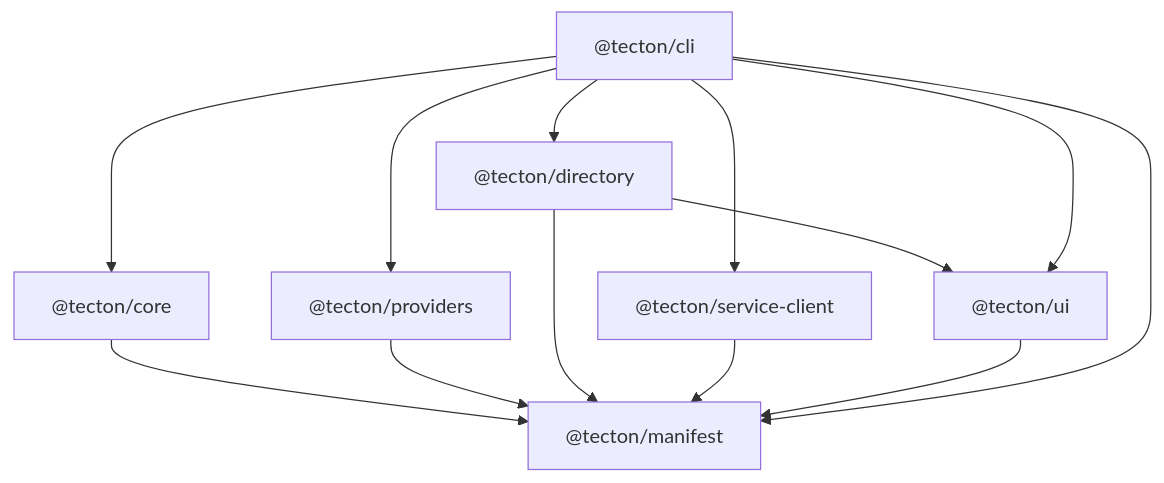
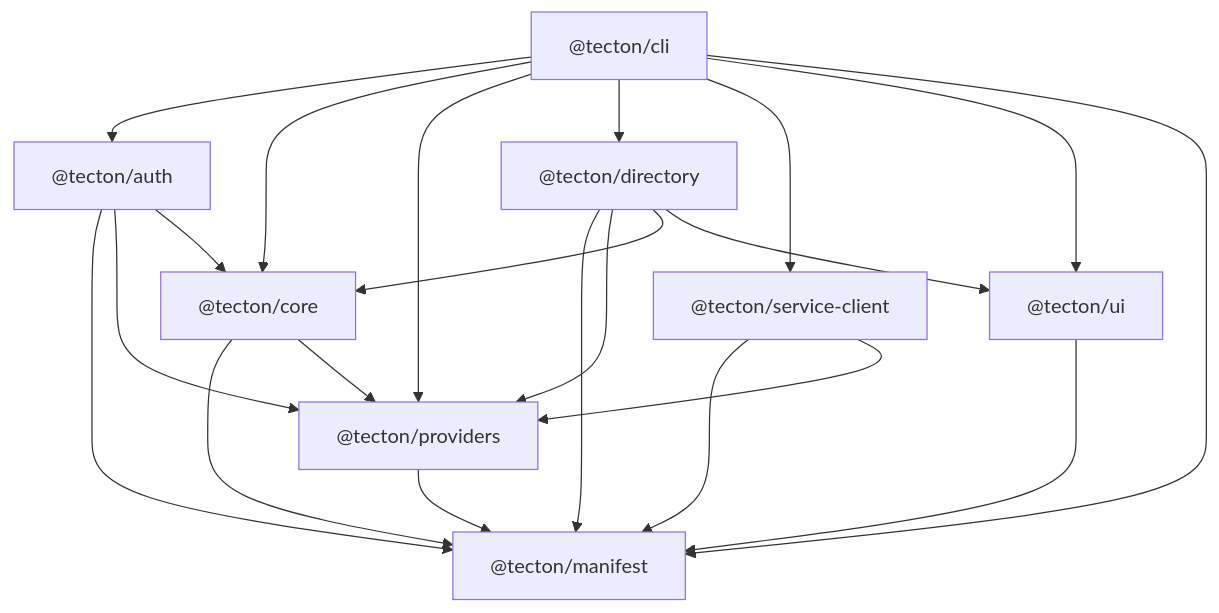
The second of 3 diagrams in _bmad-output/planning-artifacts/architecture/architecture-Tecton-2026-08-28/ARCHITECTURE-SPINE.md (rvavretchek/tecton), drawn with Mermaid before and after one commit. The commit also changed other lines of this file and 12 other files, not shown here.

````diff
--- a/_bmad-output/planning-artifacts/architecture/architecture-Tecton-2026-08-28/ARCHITECTURE-SPINE.md
+++ b/_bmad-output/planning-artifacts/architecture/architecture-Tecton-2026-08-28/ARCHITECTURE-SPINE.md
@@ -60,23 +61,32 @@
 ```mermaid
 graph TD
     manifest["@tecton/manifest"]
     core["@tecton/core"]
     providers["@tecton/providers"]
     directory["@tecton/directory"]
     serviceClient["@tecton/service-client"]
     ui["@tecton/ui"]
+    auth["@tecton/auth"]
     cli["@tecton/cli"]
 
     core --> manifest
+    core --> providers
     providers --> manifest
     directory --> manifest
+    directory --> providers
+    directory --> core
     serviceClient --> manifest
+    serviceClient --> providers
     ui --> manifest
     directory --> ui
+    auth --> manifest
+    auth --> providers
+    auth --> core
+    cli --> auth
     cli --> core
     cli --> providers
     cli --> directory
     cli --> serviceClient
     cli --> ui
     cli --> manifest
 ```
````
